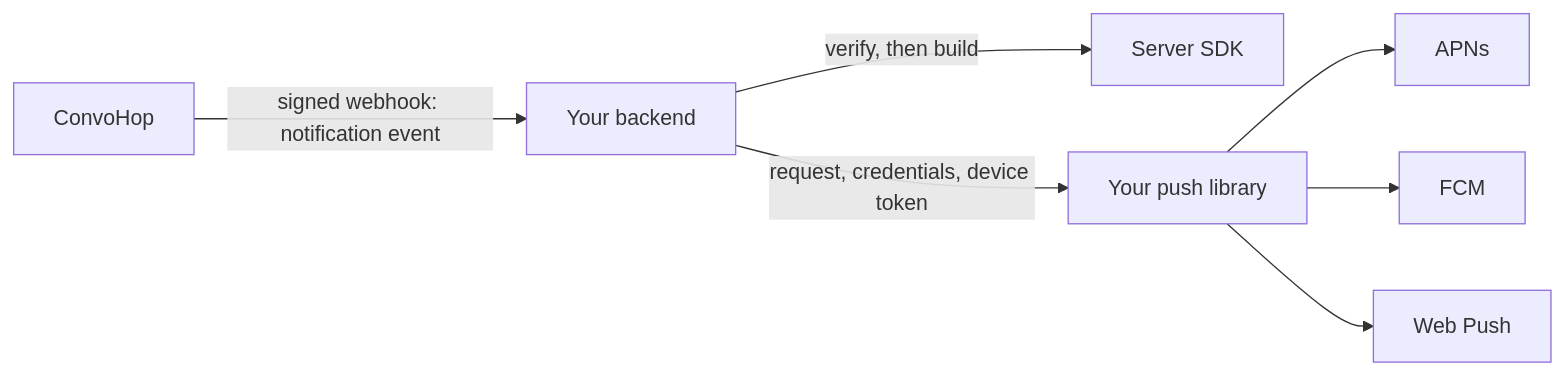
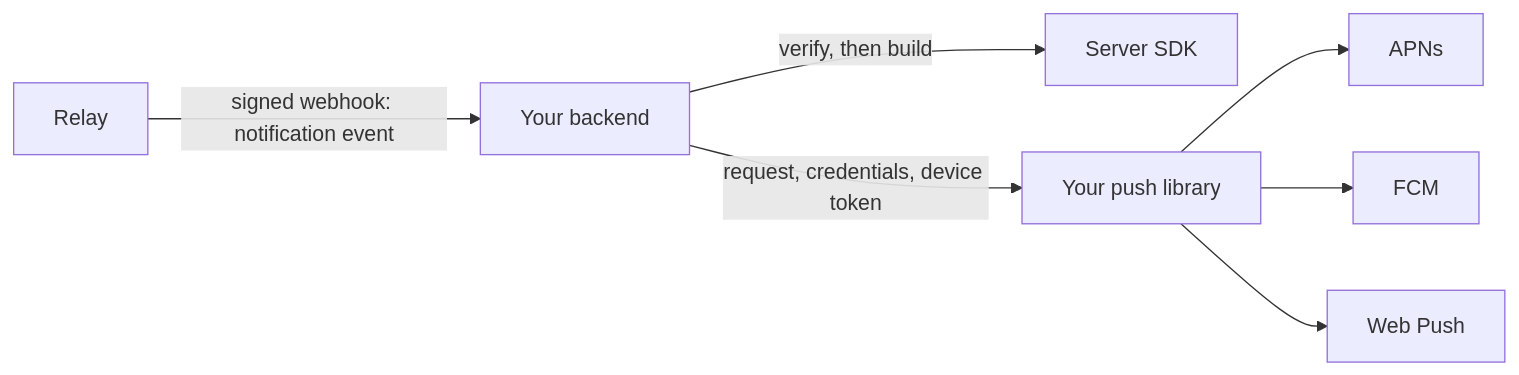
Before and after one commit to ConvoHop/sdks: the diagram in spec/push-payload/README.md, drawn with Mermaid. The commit also changed other lines of this file and 2264 other files, not shown here.

````diff
--- a/spec/push-payload/README.md
+++ b/spec/push-payload/README.md
@@ -20,7 +20,7 @@
 ```mermaid
 flowchart LR
-  C["ConvoHop"] -- "signed webhook: notification event" --> B["Your backend"]
+  C["Relay"] -- "signed webhook: notification event" --> B["Your backend"]
   B -- "verify, then build" --> SDK["Server SDK"]
   B -- "request, credentials, device token" --> P["Your push library"]
   P --> A["APNs"] & F["FCM"] & W["Web Push"]
 ```
````
